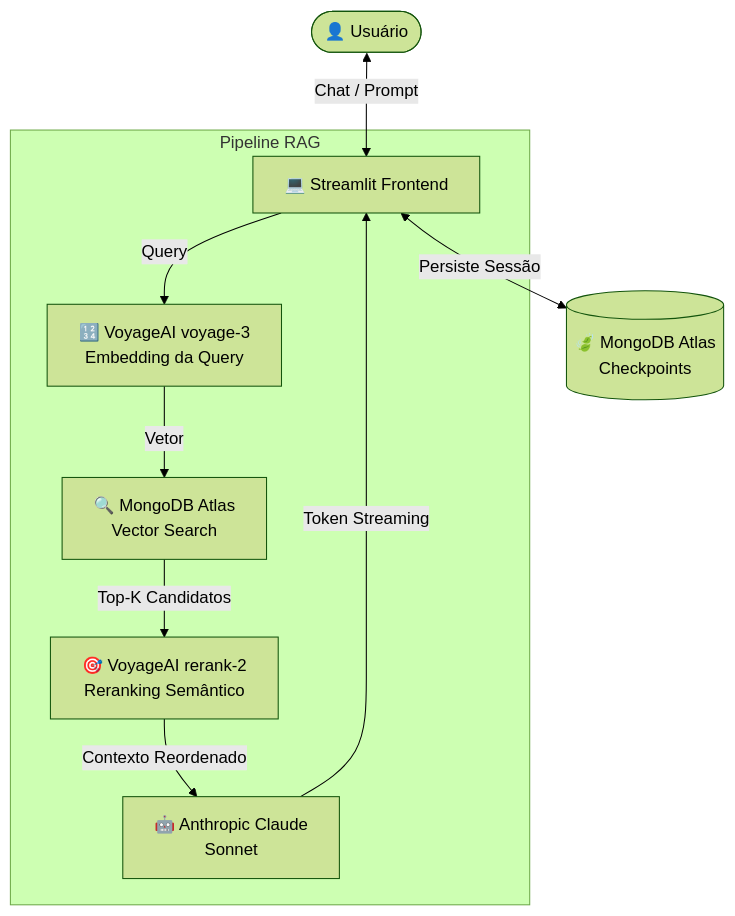
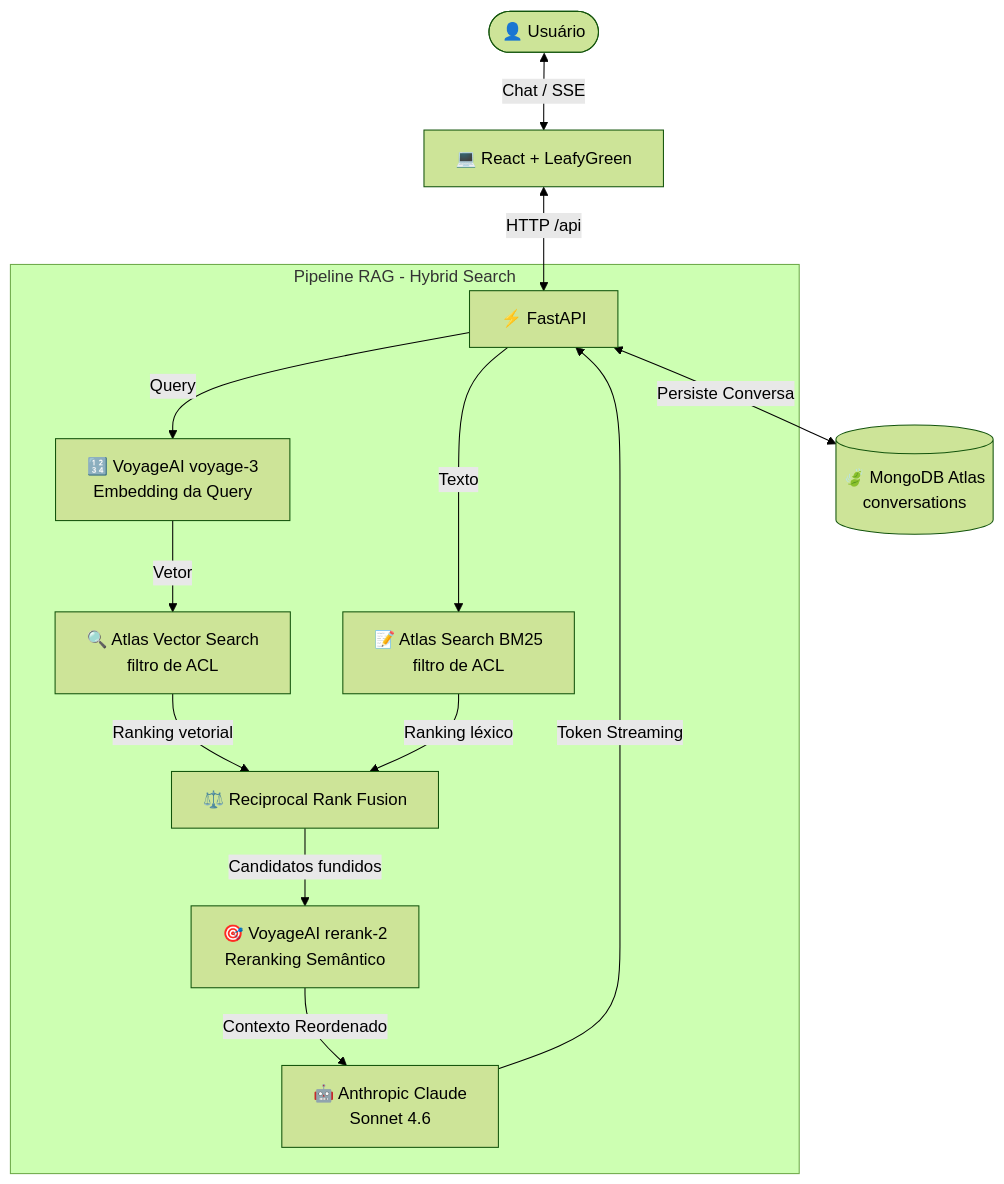
The diagram in README.md (adrianofratelli-glitch/MongoDB-RAG), drawn with Mermaid (forest theme) before and after one commit. The commit also changed other lines of this file and 4 other files, not shown here.

First line of the commit message:
fix: update Claude model, prompt brace bug, and connection pooling

````diff
--- a/README.md
+++ b/README.md
@@ -11,14 +11,18 @@
 ```mermaid
 graph TD
-    User([👤 Usuário]) <-->|Chat / Prompt| ST[💻 Streamlit Frontend]
+    User([👤 Usuário]) <-->|Chat / SSE| UI[💻 React + LeafyGreen]
+    UI <-->|HTTP /api| API[⚡ FastAPI]
 
-    subgraph Pipeline RAG
-        ST -->|Query| EMB[🔢 VoyageAI voyage-3\nEmbedding da Query]
-        EMB -->|Vetor| VS[🔍 MongoDB Atlas\nVector Search]
-        VS -->|Top-K Candidatos| RNK[🎯 VoyageAI rerank-2\nReranking Semântico]
-        RNK -->|Contexto Reordenado| LLM[🤖 Anthropic Claude\nSonnet]
+    subgraph Pipeline RAG - Hybrid Search
+        API -->|Query| EMB[🔢 VoyageAI voyage-3\nEmbedding da Query]
+        EMB -->|Vetor| VS[🔍 Atlas Vector Search\nfiltro de ACL]
+        API -->|Texto| LX[📝 Atlas Search BM25\nfiltro de ACL]
+        VS -->|Ranking vetorial| RRF[⚖️ Reciprocal Rank Fusion]
+        LX -->|Ranking léxico| RRF
+        RRF -->|Candidatos fundidos| RNK[🎯 VoyageAI rerank-2\nReranking Semântico]
+        RNK -->|Contexto Reordenado| LLM[🤖 Anthropic Claude\nSonnet 4.6]
     end
 
-    LLM -->|Token Streaming| ST
-    ST <-->|Persiste Sessão| MDB[(🍃 MongoDB Atlas\nCheckpoints)]
+    LLM -->|Token Streaming| API
+    API <-->|Persiste Conversa| MDB[(🍃 MongoDB Atlas\nconversations)]
 ```
````
